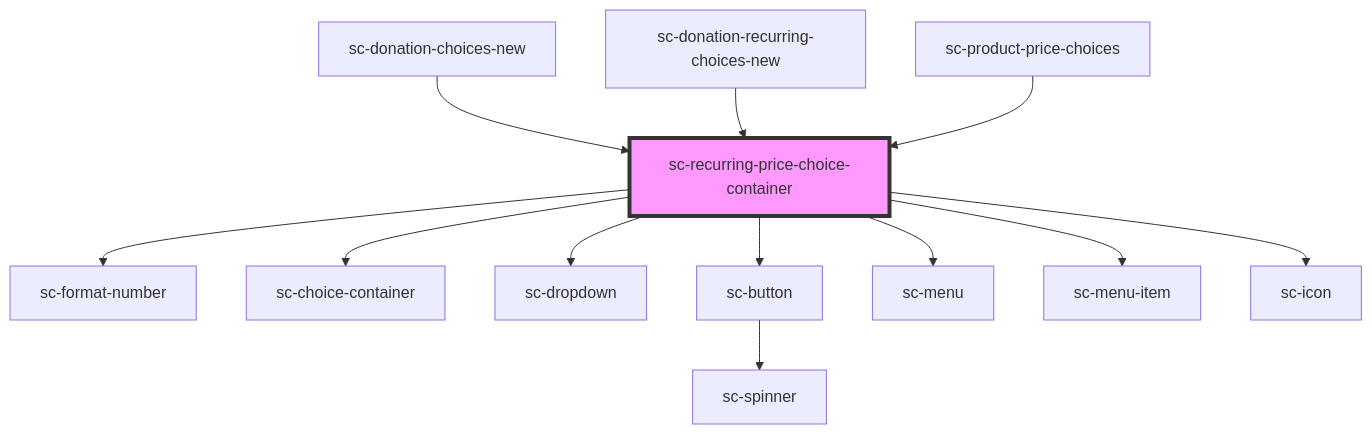
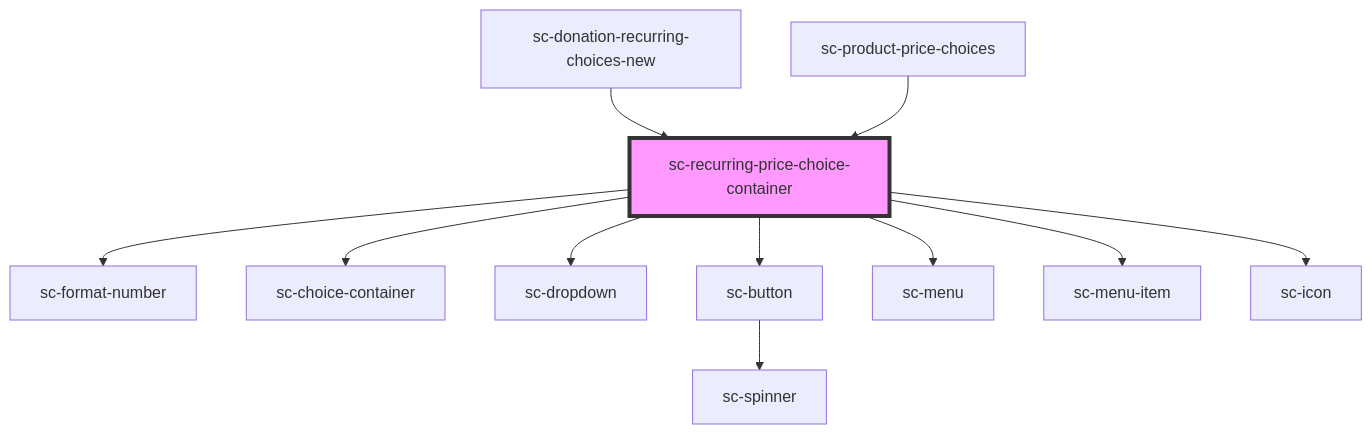
Before and after one commit to surecart/surecart-wp-plugin: the diagram in packages/components/src/components/ui/sc-recurring-price-choice-container/readme.md, drawn with Mermaid. The commit also changed other lines of this file and 11 other files, not shown here.

Commit message:
Added showPrice prop & hide the price in recurring

````diff
--- a/packages/components/src/components/ui/sc-recurring-price-choice-container/readme.md
+++ b/packages/components/src/components/ui/sc-recurring-price-choice-container/readme.md
@@ -54,15 +55,14 @@
 ```mermaid
 graph TD;
   sc-recurring-price-choice-container --> sc-format-number
   sc-recurring-price-choice-container --> sc-choice-container
   sc-recurring-price-choice-container --> sc-dropdown
   sc-recurring-price-choice-container --> sc-button
   sc-recurring-price-choice-container --> sc-menu
   sc-recurring-price-choice-container --> sc-menu-item
   sc-recurring-price-choice-container --> sc-icon
   sc-button --> sc-spinner
-  sc-donation-choices-new --> sc-recurring-price-choice-container
   sc-donation-recurring-choices-new --> sc-recurring-price-choice-container
   sc-product-price-choices --> sc-recurring-price-choice-container
   style sc-recurring-price-choice-container fill:#f9f,stroke:#333,stroke-width:4px
 ```
````
